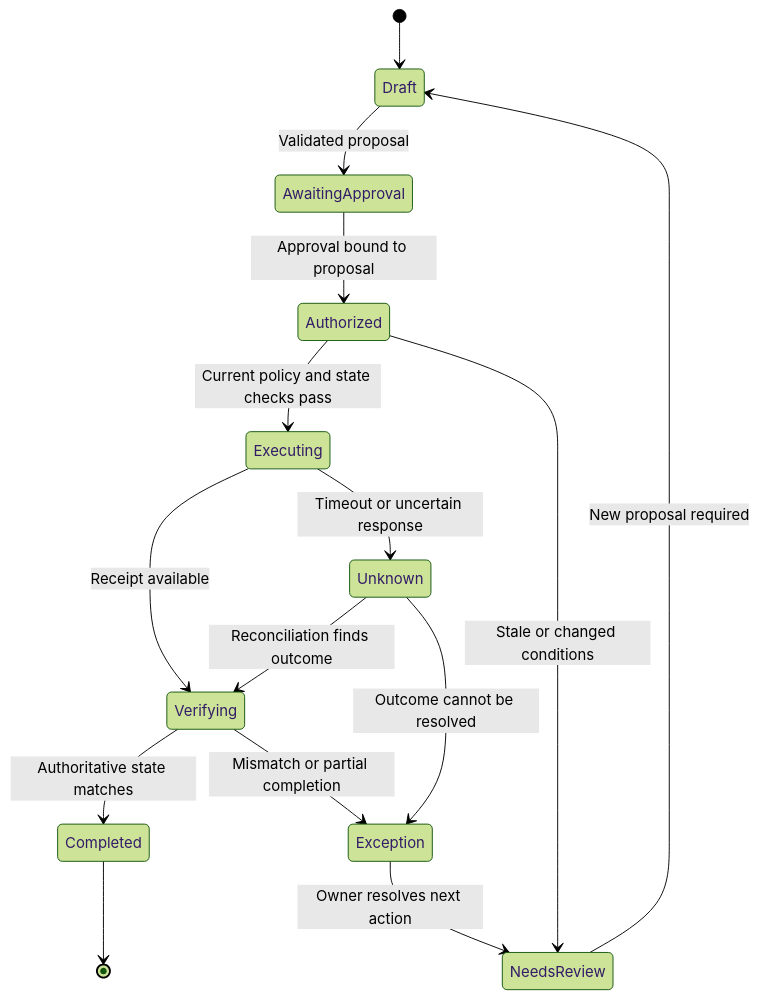
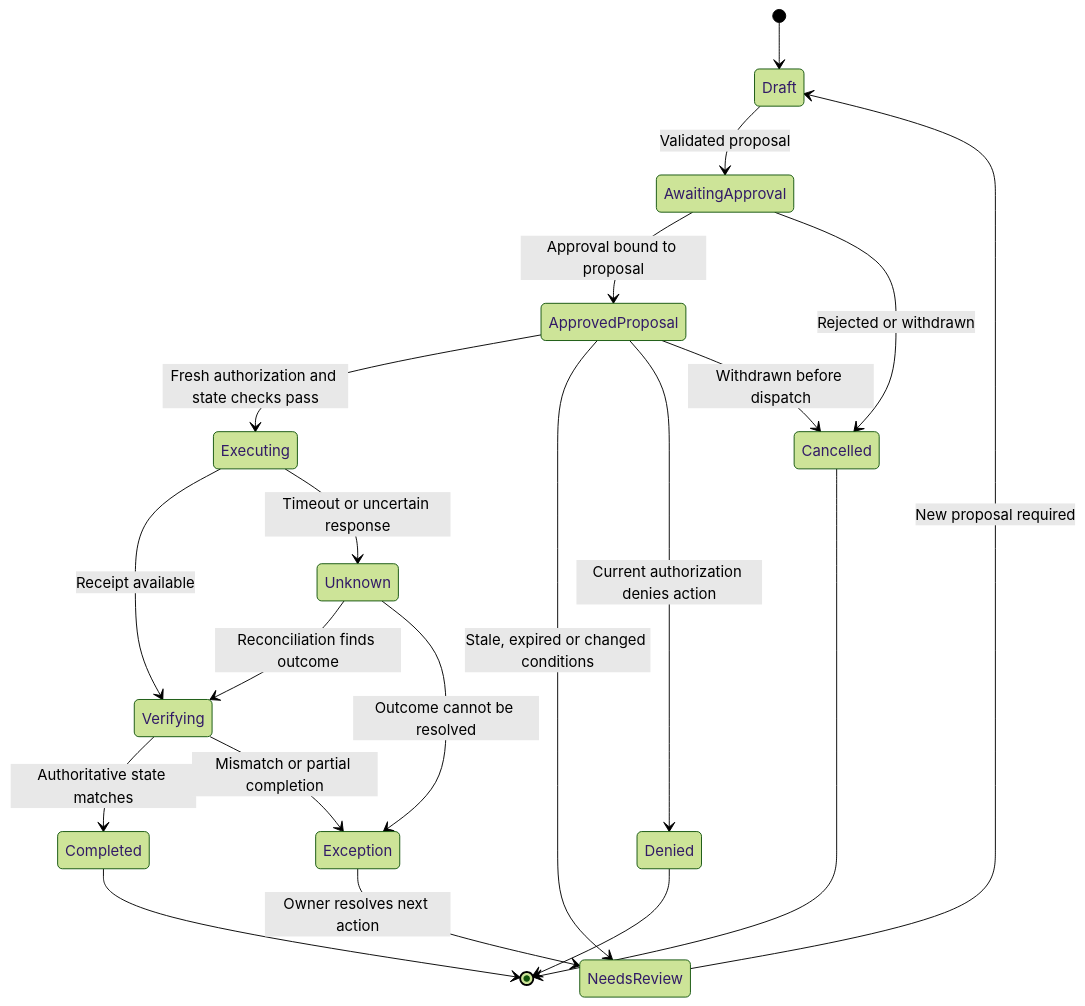
Before and after one commit to appliedgenai/earned-autonomy: the diagram in reference-design.md, drawn with Mermaid (forest theme). The commit also changed other lines of this file and 6 other files, not shown here.

````diff
--- a/reference-design.md
+++ b/reference-design.md
@@ -19,17 +19,22 @@
 ```mermaid
 stateDiagram-v2
     [*] --> Draft
     Draft --> AwaitingApproval: Validated proposal
-    AwaitingApproval --> Authorized: Approval bound to proposal
-    Authorized --> Executing: Current policy and state checks pass
-    Authorized --> NeedsReview: Stale or changed conditions
+    AwaitingApproval --> ApprovedProposal: Approval bound to proposal
+    AwaitingApproval --> Cancelled: Rejected or withdrawn
+    ApprovedProposal --> Executing: Fresh authorization and state checks pass
+    ApprovedProposal --> NeedsReview: Stale, expired or changed conditions
+    ApprovedProposal --> Denied: Current authorization denies action
+    ApprovedProposal --> Cancelled: Withdrawn before dispatch
     Executing --> Verifying: Receipt available
     Executing --> Unknown: Timeout or uncertain response
     Unknown --> Verifying: Reconciliation finds outcome
     Unknown --> Exception: Outcome cannot be resolved
     Verifying --> Completed: Authoritative state matches
     Verifying --> Exception: Mismatch or partial completion
     Exception --> NeedsReview: Owner resolves next action
     NeedsReview --> Draft: New proposal required
     Completed --> [*]
+    Denied --> [*]
+    Cancelled --> [*]
 ```
````
